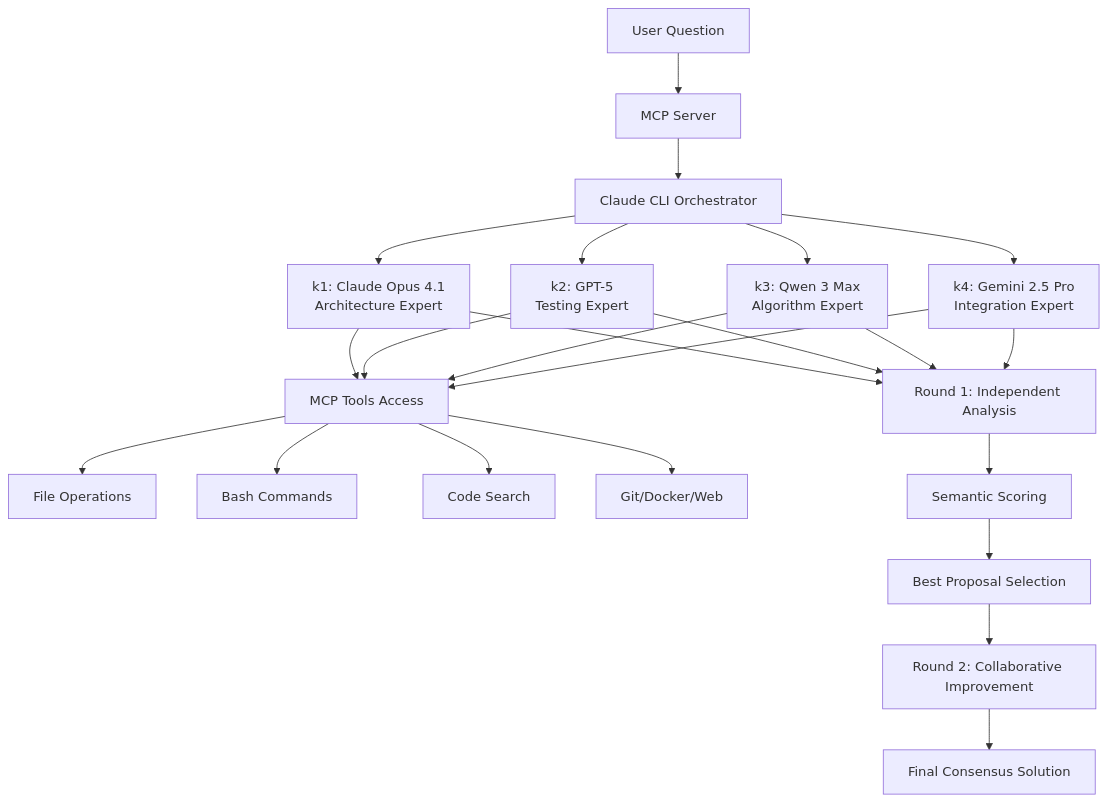
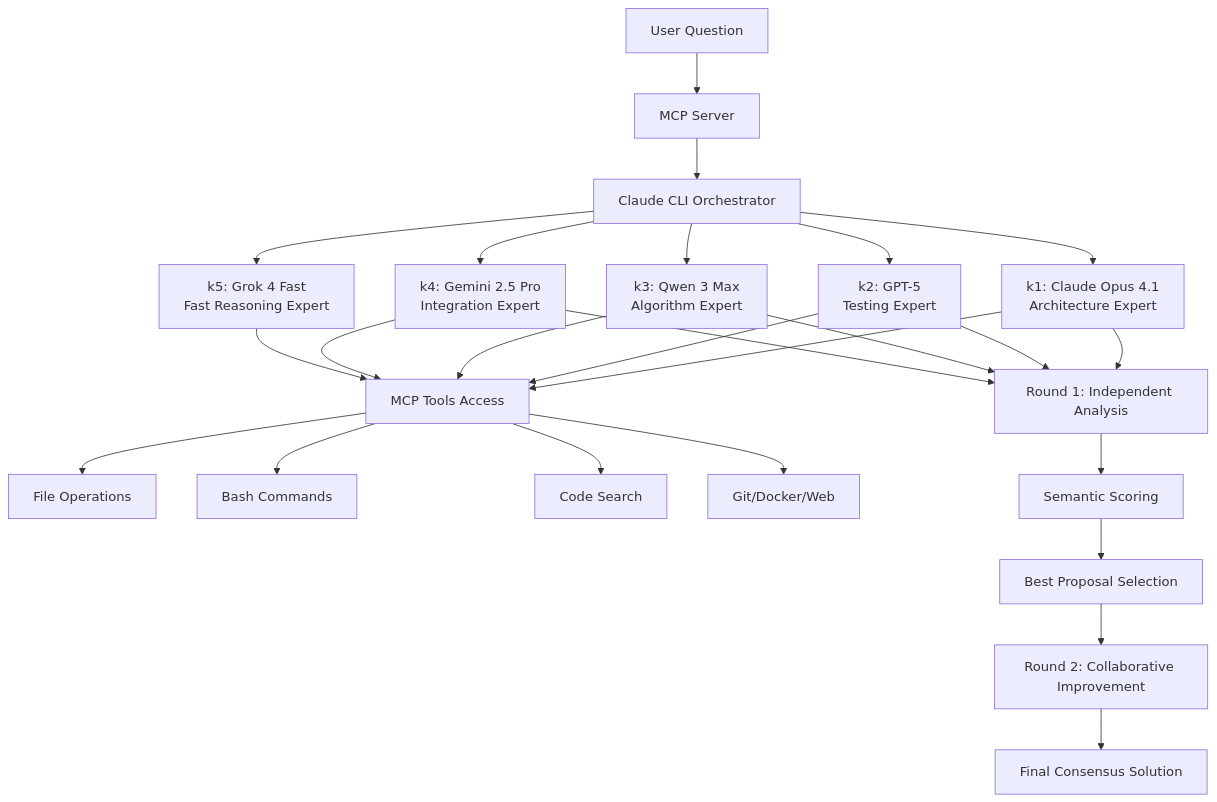
One commit to KostasNoreika/mcp-debate-consensus changed the diagram in README.md. Above: the diagram before and after it, drawn with Mermaid. The commit also changed other lines of this file and 6 other files, not shown here.

First line of the commit message:
feat: Add Grok 4 Fast (k5) as fifth model in debate consensus

````diff
--- a/README.md
+++ b/README.md
@@ -47,29 +47,31 @@
 ```mermaid
 graph TD
     A[User Question] --> B[MCP Server]
     B --> C[Claude CLI Orchestrator]
     C --> D1[k1: Claude Opus 4.1<br/>Architecture Expert]
     C --> D2[k2: GPT-5<br/>Testing Expert]
     C --> D3[k3: Qwen 3 Max<br/>Algorithm Expert]
     C --> D4[k4: Gemini 2.5 Pro<br/>Integration Expert]
-    
+    C --> D5[k5: Grok 4 Fast<br/>Fast Reasoning Expert]
+
     D1 --> E[MCP Tools Access]
     D2 --> E
     D3 --> E
     D4 --> E
+    D5 --> E
     
     E --> F[File Operations]
     E --> G[Bash Commands]
     E --> H[Code Search]
     E --> I[Git/Docker/Web]
     
     D1 --> J[Round 1: Independent Analysis]
     D2 --> J
     D3 --> J
     D4 --> J
     
     J --> K[Semantic Scoring]
     K --> L[Best Proposal Selection]
     L --> M[Round 2: Collaborative Improvement]
     M --> N[Final Consensus Solution]
 ```
````
